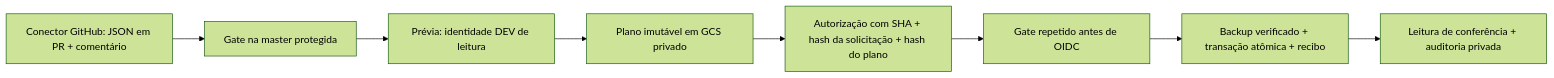
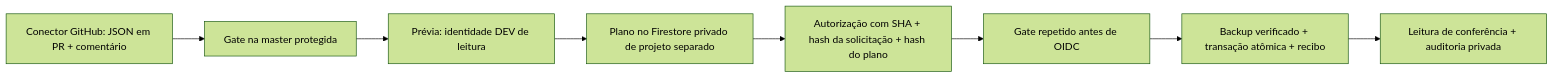
Before and after one commit to EwertonMendes/bem-feito-web: the diagram in docs/data-administration.md, drawn with Mermaid (forest theme). The commit also changed other lines of this file and 7 other files, not shown here.

````diff
--- a/docs/data-administration.md
+++ b/docs/data-administration.md
@@ -13,10 +13,10 @@
 ```mermaid
 flowchart LR
   A[Conector GitHub: JSON em PR + comentário] --> B[Gate na master protegida]
   B --> C[Prévia: identidade DEV de leitura]
-  C --> D[Plano imutável em GCS privado]
+  C --> D[Plano no Firestore privado de projeto separado]
   D --> E[Autorização com SHA + hash da solicitação + hash do plano]
   E --> F[Gate repetido antes de OIDC]
   F --> G[Backup verificado + transação atômica + recibo]
   G --> H[Leitura de conferência + auditoria privada]
 ```
````
